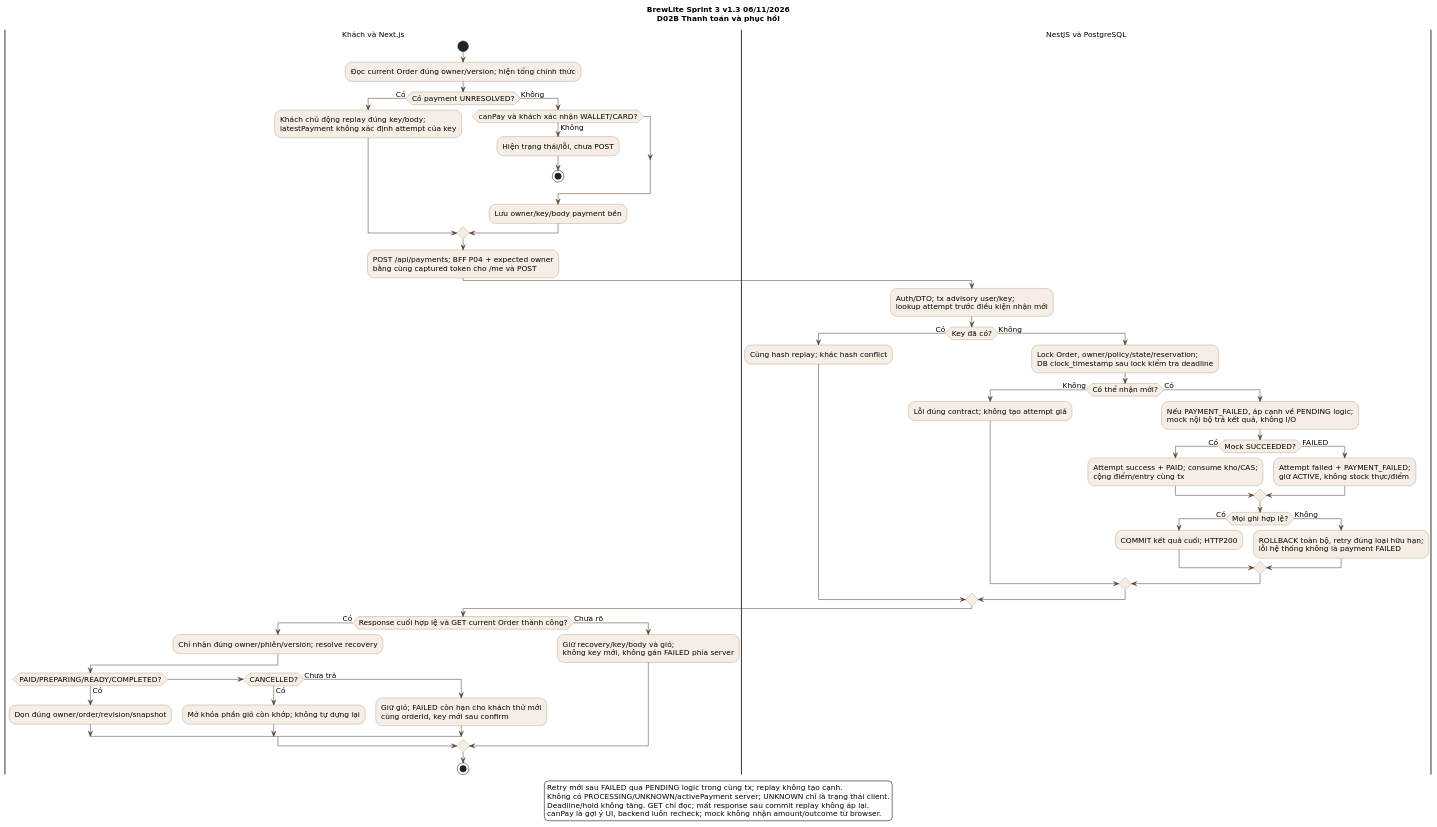
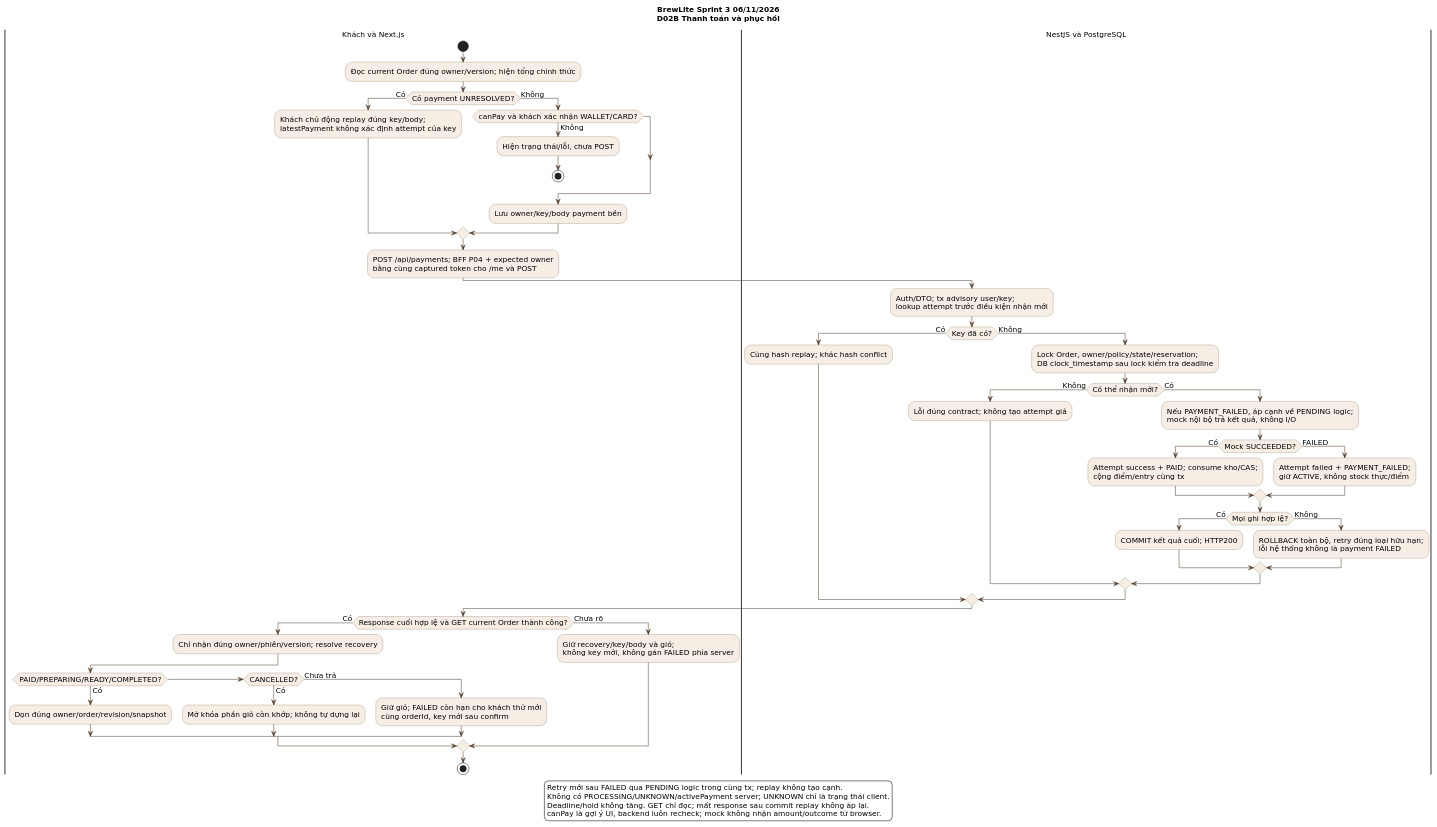
One commit to giabaot400-boop/BrewLite changed the second of 2 diagrams in docs/diagrams/sprint3/activity-checkout-payment.puml. Above: the diagram before and after it, drawn with PlantUML. The commit also changed other lines of this file and 49 other files, not shown here.

```diff
--- a/docs/diagrams/sprint3/activity-checkout-payment.puml
+++ b/docs/diagrams/sprint3/activity-checkout-payment.puml
@@ -82,67 +82,67 @@
 @startuml activity-sprint3-payment
-title BrewLite Sprint 3 v1.3 06/11/2026\nD02B Thanh toán và phục hồi
+title BrewLite Sprint 3 06/11/2026\nD02B Thanh toán và phục hồi
 skinparam defaultFontName DejaVu Sans
 skinparam defaultFontSize 14
 skinparam shadowing false
 skinparam backgroundColor #FFFFFF
 skinparam ArrowColor #5B4636
 skinparam noteBackgroundColor #FFF6DA
 skinparam noteBorderColor #B89551
 skinparam activityBackgroundColor #F6EEE4
 skinparam activityBorderColor #80644F
 |Khách và Next.js|
 start
 :Đọc current Order đúng owner/version; hiện tổng chính thức;
 if (Có payment UNRESOLVED?) then (Có)
  :Khách chủ động replay đúng key/body;\nlatestPayment không xác định attempt của key;
 else (Không)
  if (canPay và khách xác nhận WALLET/CARD?) then (Không)
   :Hiện trạng thái/lỗi, chưa POST;
   stop
  endif
  :Lưu owner/key/body payment bền;
 endif
 :POST /api/payments; BFF P04 + expected owner\nbằng cùng captured token cho /me và POST;
 |NestJS và PostgreSQL|
 :Auth/DTO; tx advisory user/key;\nlookup attempt trước điều kiện nhận mới;
 if (Key đã có?) then (Có)
  :Cùng hash replay; khác hash conflict;
 else (Không)
  :Lock Order, owner/policy/state/reservation;\nDB clock_timestamp sau lock kiểm tra deadline;
  if (Có thể nhận mới?) then (Không)
   :Lỗi đúng contract; không tạo attempt giả;
  else (Có)
   :Nếu PAYMENT_FAILED, áp cạnh về PENDING logic;\nmock nội bộ trả kết quả, không I/O;
   if (Mock SUCCEEDED?) then (Có)
    :Attempt success + PAID; consume kho/CAS;\ncộng điểm/entry cùng tx;
   else (FAILED)
    :Attempt failed + PAYMENT_FAILED;\ngiữ ACTIVE, không stock thực/điểm;
   endif
   if (Mọi ghi hợp lệ?) then (Có)
    :COMMIT kết quả cuối; HTTP200;
   else (Không)
    :ROLLBACK toàn bộ, retry đúng loại hữu hạn;\nlỗi hệ thống không là payment FAILED;
   endif
  endif
 endif
 |Khách và Next.js|
 if (Response cuối hợp lệ và GET current Order thành công?) then (Có)
  :Chỉ nhận đúng owner/phiên/version; resolve recovery;
  if (PAID/PREPARING/READY/COMPLETED?) then (Có)
   :Dọn đúng owner/order/revision/snapshot;
  elseif (CANCELLED?) then (Có)
   :Mở khóa phần giỏ còn khớp; không tự dựng lại;
  else (Chưa trả)
   :Giữ giỏ; FAILED còn hạn cho khách thử mới\ncùng orderId, key mới sau confirm;
  endif
 else (Chưa rõ)
  :Giữ recovery/key/body và giỏ;\nkhông key mới, không gán FAILED phía server;
 endif
 stop
 legend bottom
   Retry mới sau FAILED qua PENDING logic trong cùng tx; replay không tạo cạnh.
   Không có PROCESSING/UNKNOWN/activePayment server; UNKNOWN chỉ là trạng thái client.
   Deadline/hold không tăng. GET chỉ đọc; mất response sau commit replay không áp lại.
   canPay là gợi ý UI, backend luôn recheck; mock không nhận amount/outcome từ browser.
 endlegend
 @enduml
```
